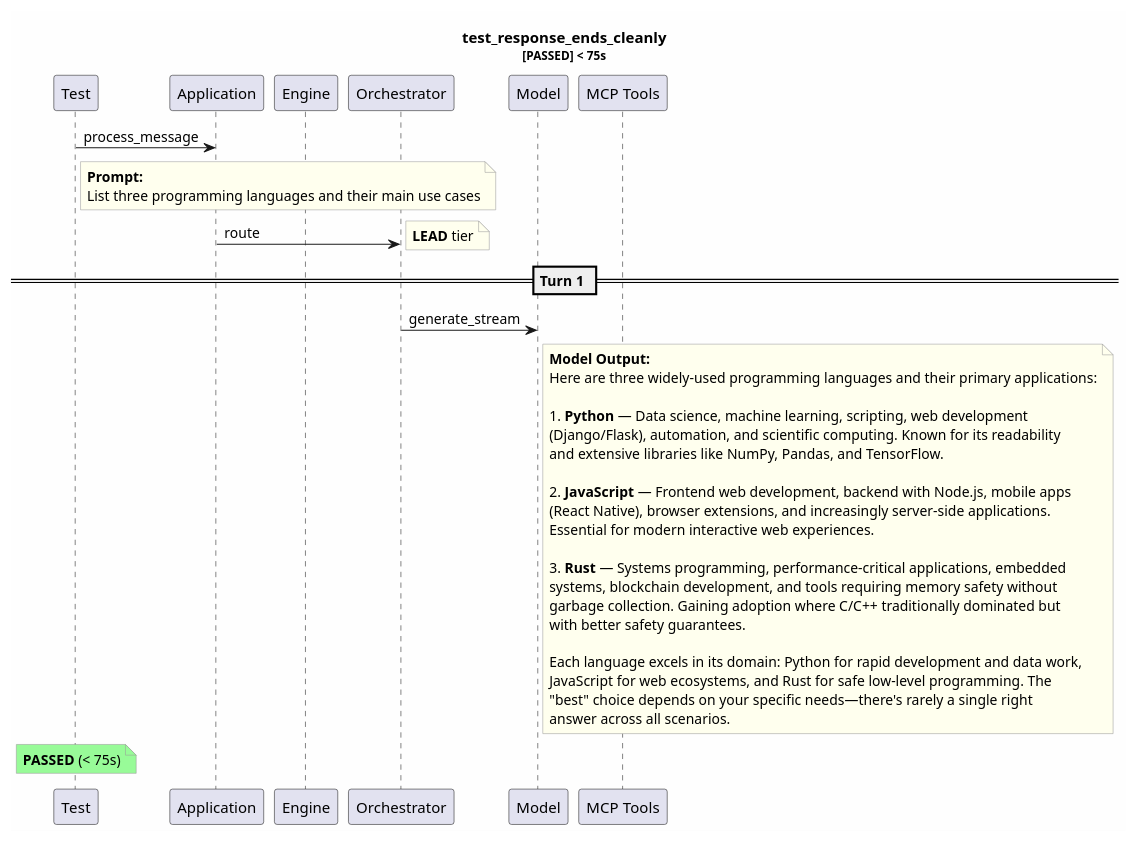
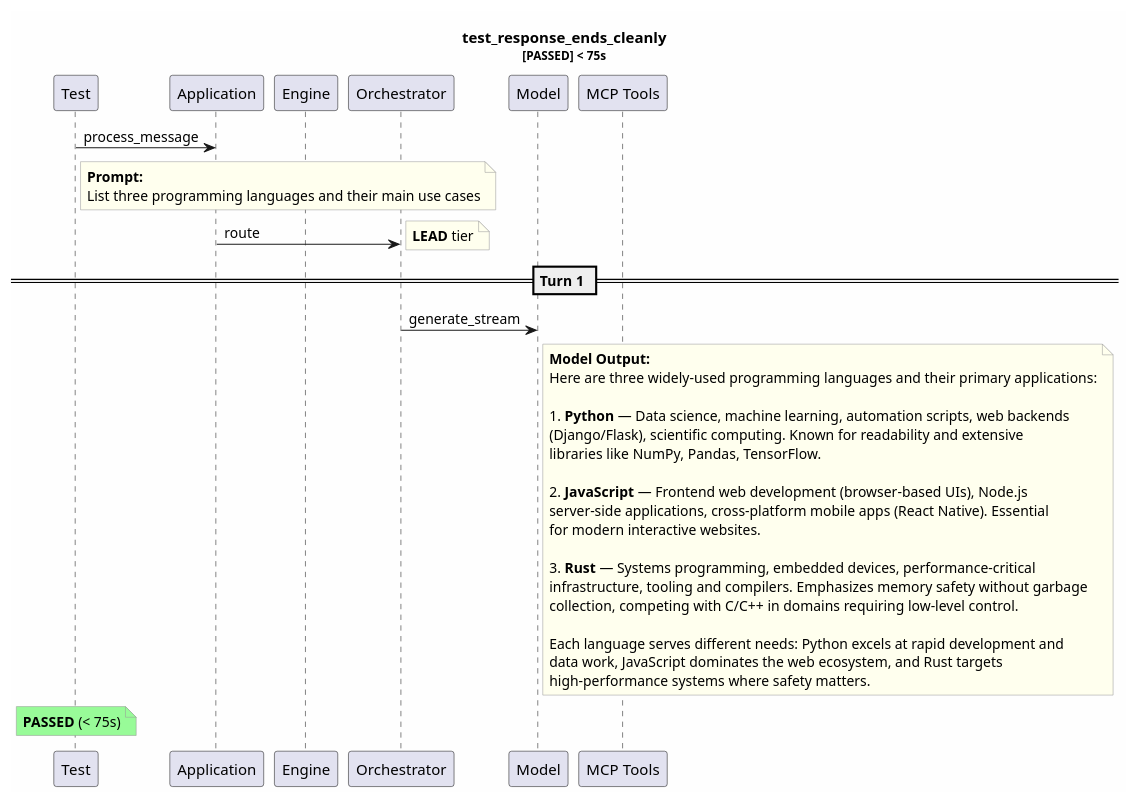
One commit to tvanfossen/entropic changed the diagram in test-reports/logs/test_response_ends_cleanly/test_response_ends_cleanly.puml. Above: the diagram before and after it, drawn with PlantUML. The commit also changed 14 other files, not shown here.

```diff
--- a/test-reports/logs/test_response_ends_cleanly/test_response_ends_cleanly.puml
+++ b/test-reports/logs/test_response_ends_cleanly/test_response_ends_cleanly.puml
@@ -1,49 +1,47 @@
 @startuml
 skinparam backgroundColor #FEFEFE
 skinparam noteBorderColor #999999
 skinparam noteBackgroundColor #FFFFEE
 title test_response_ends_cleanly\n<size:11>[PASSED] < 75s</size>
 
 participant "Test" as T
 participant "Application" as App
 participant "Engine" as Eng
 participant "Orchestrator" as Orch
 participant "Model" as Mdl
 participant "MCP Tools" as MCP
 
 T -> App: process_message
 note right of T
   **Prompt:**
   List three programming languages and their main use cases
 end note
 App -> Orch: route
 note right: **LEAD** tier
 == Turn 1 ==
 Orch -> Mdl: generate_stream
 note right of Mdl
   **Model Output:**
   Here are three widely-used programming languages and their primary applications:
   
-  1. **Python** — Data science, machine learning, scripting, web development 
-  (Django/Flask), automation, and scientific computing. Known for its readability 
-  and extensive libraries like NumPy, Pandas, and TensorFlow.
+  1. **Python** — Data science, machine learning, automation scripts, web backends
+  (Django/Flask), scientific computing. Known for readability and extensive 
+  libraries like NumPy, Pandas, TensorFlow.
   
-  2. **JavaScript** — Frontend web development, backend with Node.js, mobile apps 
-  (React Native), browser extensions, and increasingly server-side applications. 
-  Essential for modern interactive web experiences.
+  2. **JavaScript** — Frontend web development (browser-based UIs), Node.js 
+  server-side applications, cross-platform mobile apps (React Native). Essential 
+  for modern interactive websites.
   
-  3. **Rust** — Systems programming, performance-critical applications, embedded 
-  systems, blockchain development, and tools requiring memory safety without 
-  garbage collection. Gaining adoption where C/C++ traditionally dominated but 
-  with better safety guarantees.
+  3. **Rust** — Systems programming, embedded devices, performance-critical 
+  infrastructure, tooling and compilers. Emphasizes memory safety without garbage 
+  collection, competing with C/C++ in domains requiring low-level control.
   
-  Each language excels in its domain: Python for rapid development and data work, 
-  JavaScript for web ecosystems, and Rust for safe low-level programming. The 
-  "best" choice depends on your specific needs—there's rarely a single right 
-  answer across all scenarios.
+  Each language serves different needs: Python excels at rapid development and 
+  data work, JavaScript dominates the web ecosystem, and Rust targets 
+  high-performance systems where safety matters.
 end note
 note over T #palegreen
   **PASSED** (< 75s)
 end note
 
 @enduml
```
